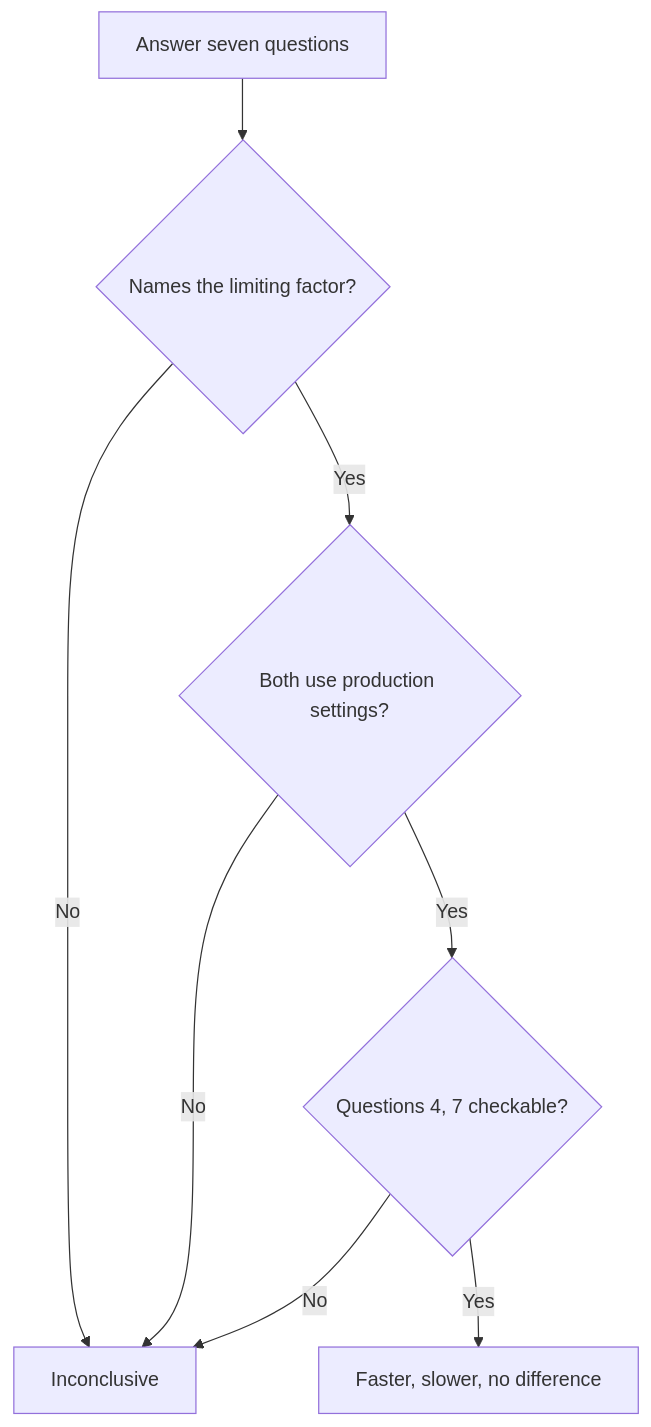
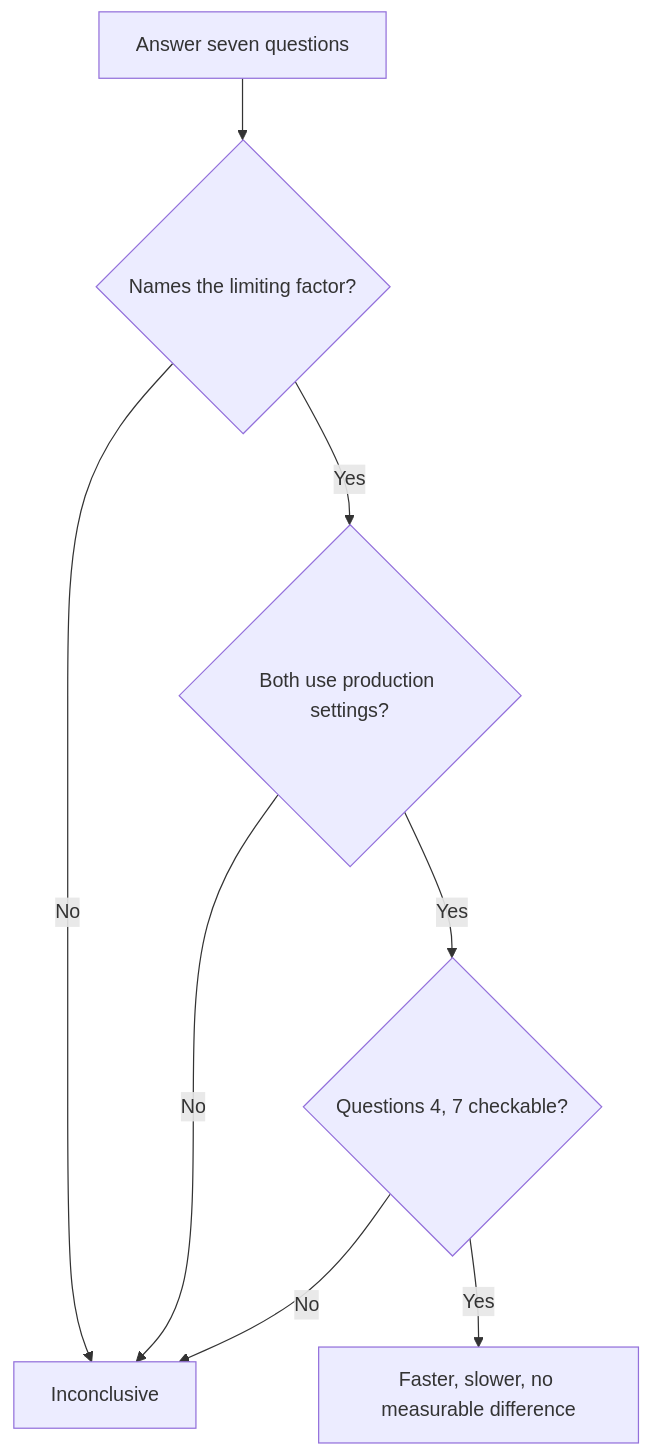
One commit to justmaocom/justmaocom.github.io changed the fifth of 5 diagrams in _posts/en/2026-10-31-pstack-build-verify-merge.md. Above: the diagram before and after it, drawn with Mermaid. The commit also changed other lines of this file and 44 other files, not shown here.

````diff
--- a/_posts/en/2026-10-31-pstack-build-verify-merge.md
+++ b/_posts/en/2026-10-31-pstack-build-verify-merge.md
@@ -370,10 +370,10 @@
 ```mermaid
 flowchart TD
   A[Answer seven questions] --> B{Names the limiting factor?}
   B -->|No| X[Inconclusive]
   B -->|Yes| C{Both use production settings?}
   C -->|No| X
   C -->|Yes| D{Questions 4, 7 checkable?}
   D -->|No| X
-  D -->|Yes| E[Faster, slower, no difference]
+  D -->|Yes| E[Faster, slower, no measurable difference]
 ```
````
